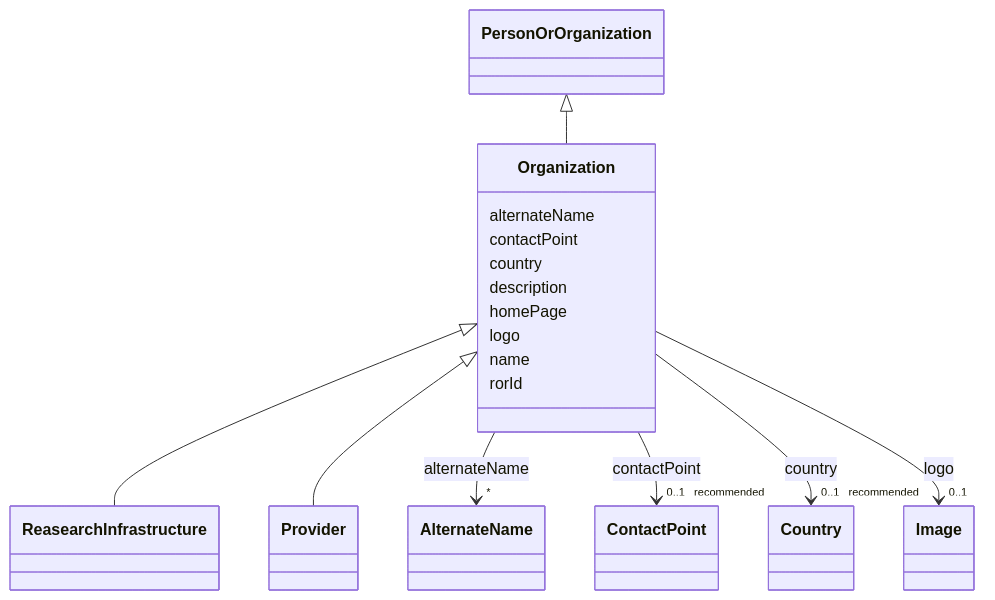
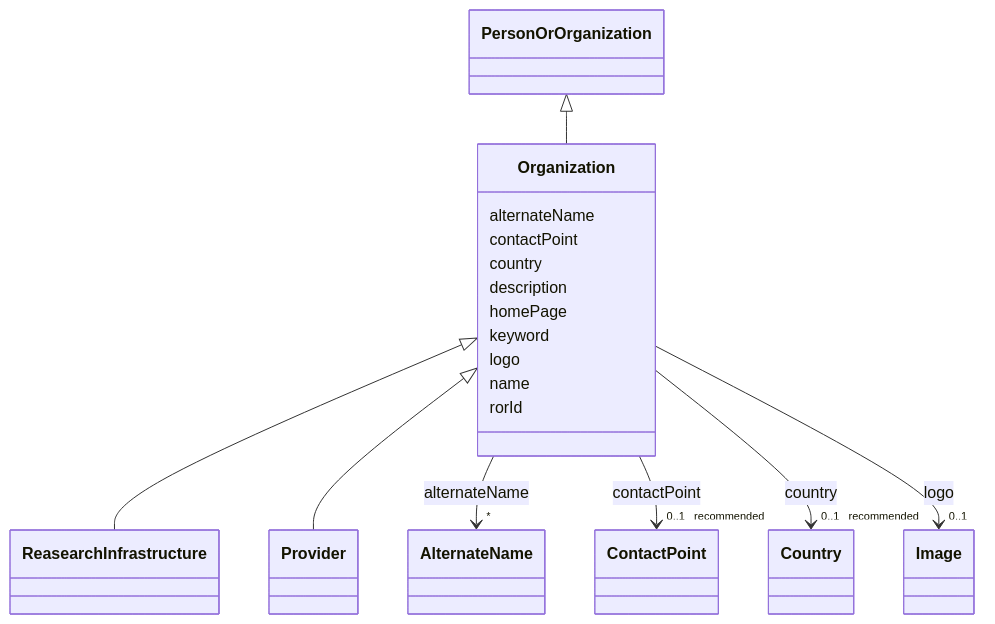
Before and after one commit to EVORA-project/evora-ontology: the diagram in models/docs/Organization.md, drawn with Mermaid. The commit also changed other lines of this file and 402 other files, not shown here.

````diff
--- a/models/docs/Organization.md
+++ b/models/docs/Organization.md
@@ -19,60 +19,62 @@
 ```mermaid
  classDiagram
     class Organization
     click Organization href "../Organization"
       PersonOrOrganization <|-- Organization
         click PersonOrOrganization href "../PersonOrOrganization"
       
 
       Organization <|-- ReasearchInfrastructure
         click ReasearchInfrastructure href "../ReasearchInfrastructure"
       Organization <|-- Provider
         click Provider href "../Provider"
       
       
       Organization : alternateName
         
           
     
     
     Organization --> "*" AlternateName : alternateName
     click AlternateName href "../AlternateName"
 
         
       Organization : contactPoint
         
           
     
     
     Organization --> "0..1 _recommended_" ContactPoint : contactPoint
     click ContactPoint href "../ContactPoint"
 
         
       Organization : country
         
           
     
     
     Organization --> "0..1 _recommended_" Country : country
     click Country href "../Country"
 
         
       Organization : description
         
       Organization : homePage
         
+      Organization : keyword
+        
       Organization : logo
         
           
     
     
     Organization --> "0..1" Image : logo
     click Image href "../Image"
 
         
       Organization : name
         
       Organization : rorId
         
       
 ```
````
